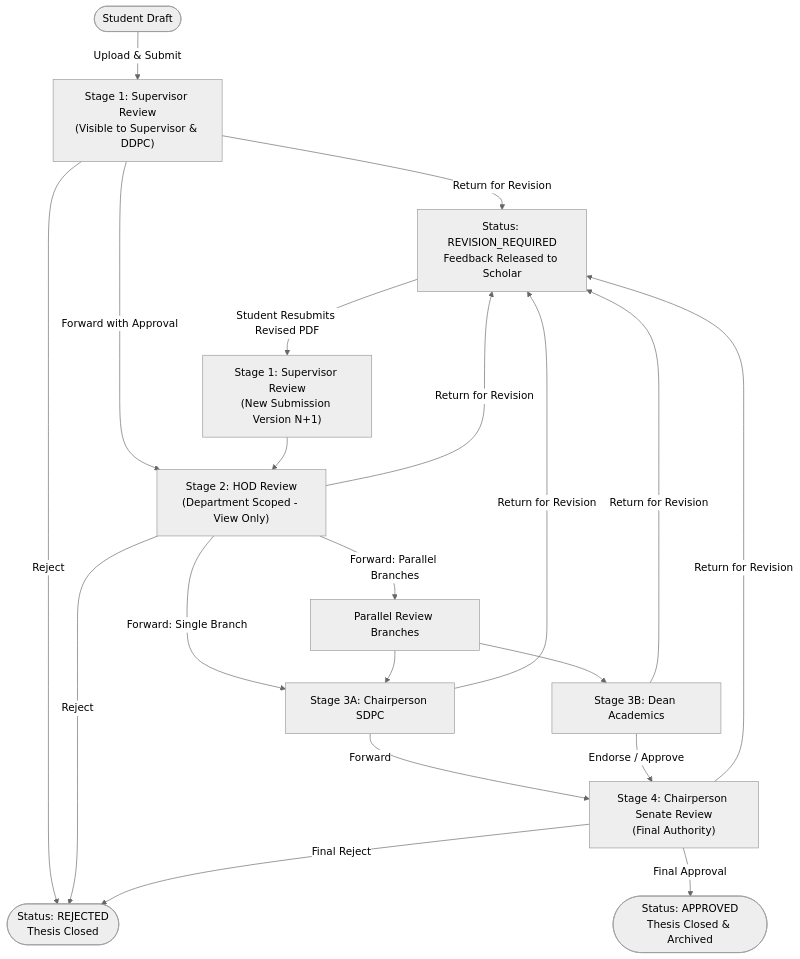
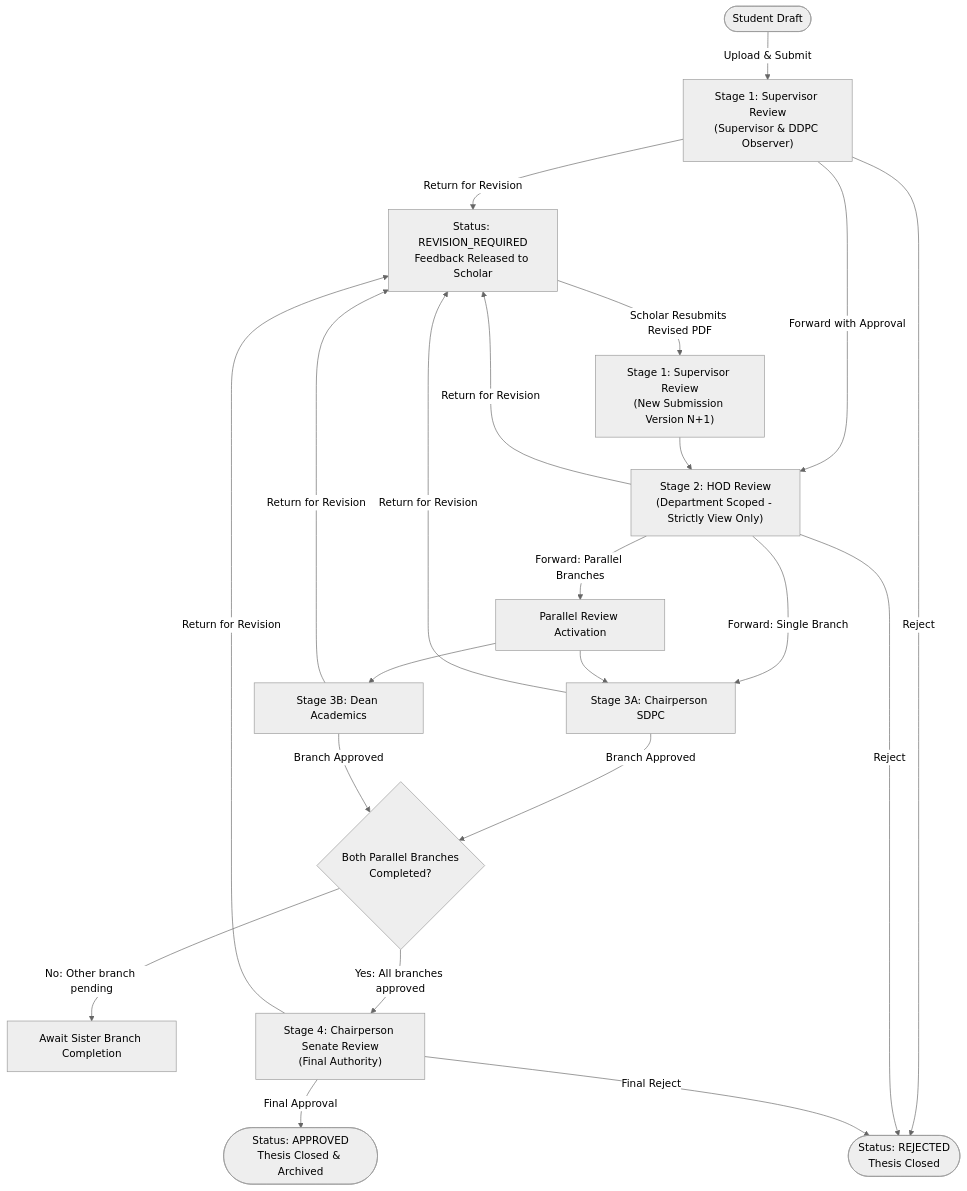
The diagram in docs/THESIS_WORKFLOW.md (Ankur17nith/PRISMS), drawn with Mermaid (neutral theme) before and after one commit. The commit also changed other lines of this file and 5 other files, not shown here.

First line of the commit message:
docs(prisms): update architecture setup and workflow guides

````diff
--- a/docs/THESIS_WORKFLOW.md
+++ b/docs/THESIS_WORKFLOW.md
@@ -31,29 +32,32 @@
 ```mermaid
 flowchart TD
-    Draft(["Student Draft"]) -->|Upload & Submit| S1["Stage 1: Supervisor Review<br/>(Visible to Supervisor & DDPC)"]
+    Draft(["Student Draft"]) -->|Upload & Submit| S1["Stage 1: Supervisor Review<br/>(Supervisor & DDPC Observer)"]
     
     S1 -->|Return for Revision| Rev["Status: REVISION_REQUIRED<br/>Feedback Released to Scholar"]
     S1 -->|Reject| Rej(["Status: REJECTED<br/>Thesis Closed"])
-    S1 -->|Forward with Approval| S2["Stage 2: HOD Review<br/>(Department Scoped - View Only)"]
+    S1 -->|Forward with Approval| S2["Stage 2: HOD Review<br/>(Department Scoped - Strictly View Only)"]
     
     S2 -->|Return for Revision| Rev
     S2 -->|Reject| Rej
     S2 -->|Forward: Single Branch| S3A["Stage 3A: Chairperson SDPC"]
-    S2 -->|Forward: Parallel Branches| Parallel["Parallel Review Branches"]
+    S2 -->|Forward: Parallel Branches| Parallel["Parallel Review Activation"]
     
     Parallel --> S3A
     Parallel --> S3B["Stage 3B: Dean Academics"]
     
-    S3A -->|Forward| S4["Stage 4: Chairperson Senate Review<br/>(Final Authority)"]
-    S3B -->|Endorse / Approve| S4
+    S3A -->|Branch Approved| CheckParallel{"Both Parallel Branches<br/>Completed?"}
+    S3B -->|Branch Approved| CheckParallel
+    
+    CheckParallel -- No: Other branch pending --> Wait["Await Sister Branch Completion"]
+    CheckParallel -- Yes: All branches approved --> S4["Stage 4: Chairperson Senate Review<br/>(Final Authority)"]
     
     S3A -->|Return for Revision| Rev
     S3B -->|Return for Revision| Rev
     
-    Rev -->|Student Resubmits Revised PDF| S1_V2["Stage 1: Supervisor Review<br/>(New Submission Version N+1)"]
+    Rev -->|Scholar Resubmits Revised PDF| S1_V2["Stage 1: Supervisor Review<br/>(New Submission Version N+1)"]
     S1_V2 --> S2
     
     S4 -->|Final Approval| App(["Status: APPROVED<br/>Thesis Closed & Archived"])
     S4 -->|Return for Revision| Rev
     S4 -->|Final Reject| Rej
 ```
````
